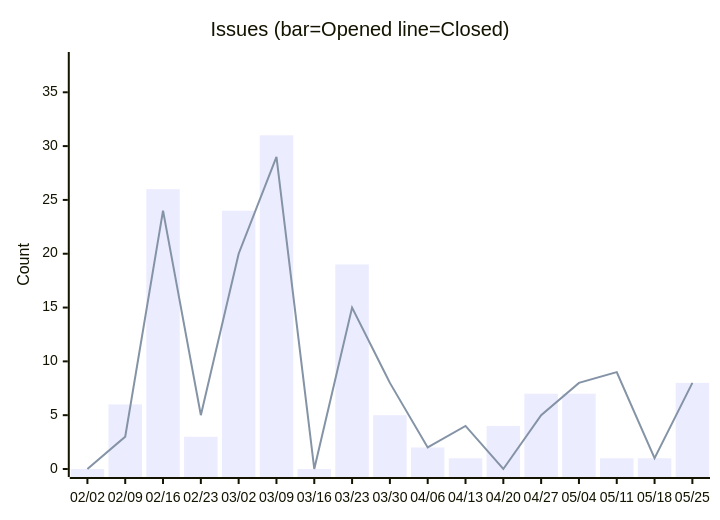
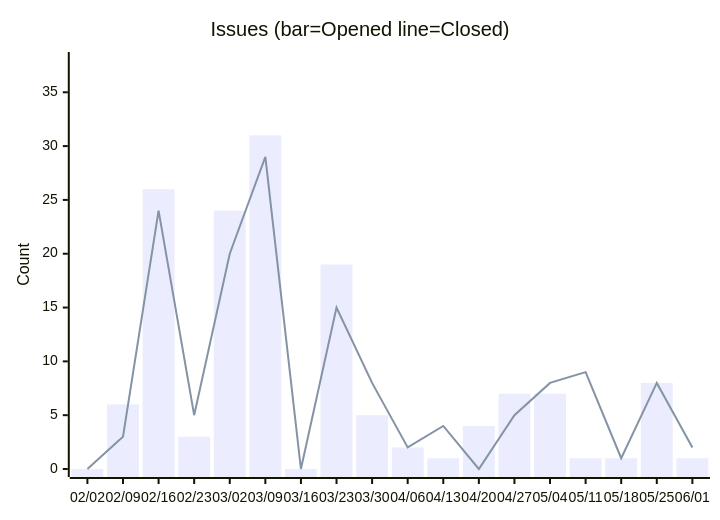
Before and after one commit to nablarch/nabledge-dev: the fifth of 14 diagrams in docs/metrics.md, drawn with Mermaid. The commit also changed other lines of this file and 2 other files, not shown here.

````diff
--- a/docs/metrics.md
+++ b/docs/metrics.md
@@ -91,8 +91,8 @@
 ```mermaid
 xychart-beta
   title "Issues (bar=Opened  line=Closed)"
-  x-axis ["02/02", "02/09", "02/16", "02/23", "03/02", "03/09", "03/16", "03/23", "03/30", "04/06", "04/13", "04/20", "04/27", "05/04", "05/11", "05/18", "05/25"]
+  x-axis ["02/02", "02/09", "02/16", "02/23", "03/02", "03/09", "03/16", "03/23", "03/30", "04/06", "04/13", "04/20", "04/27", "05/04", "05/11", "05/18", "05/25", "06/01"]
   y-axis "Count" 0 --> 38
-  bar [0, 6, 26, 3, 24, 31, 0, 19, 5, 2, 1, 4, 7, 7, 1, 1, 8]
-  line [0, 3, 24, 5, 20, 29, 0, 15, 8, 2, 4, 0, 5, 8, 9, 1, 8]
+  bar [0, 6, 26, 3, 24, 31, 0, 19, 5, 2, 1, 4, 7, 7, 1, 1, 8, 1]
+  line [0, 3, 24, 5, 20, 29, 0, 15, 8, 2, 4, 0, 5, 8, 9, 1, 8, 2]
 ```
````
